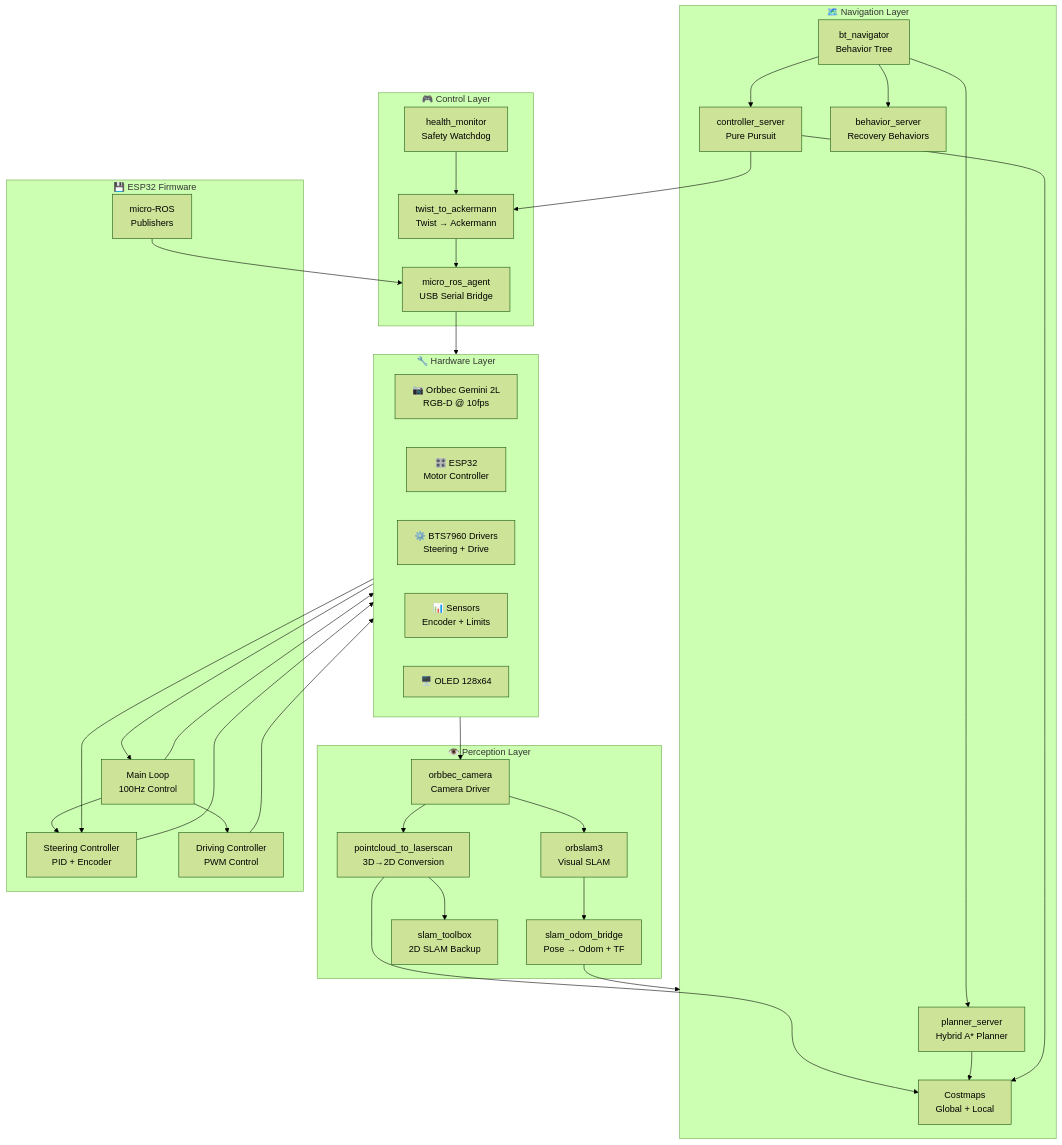
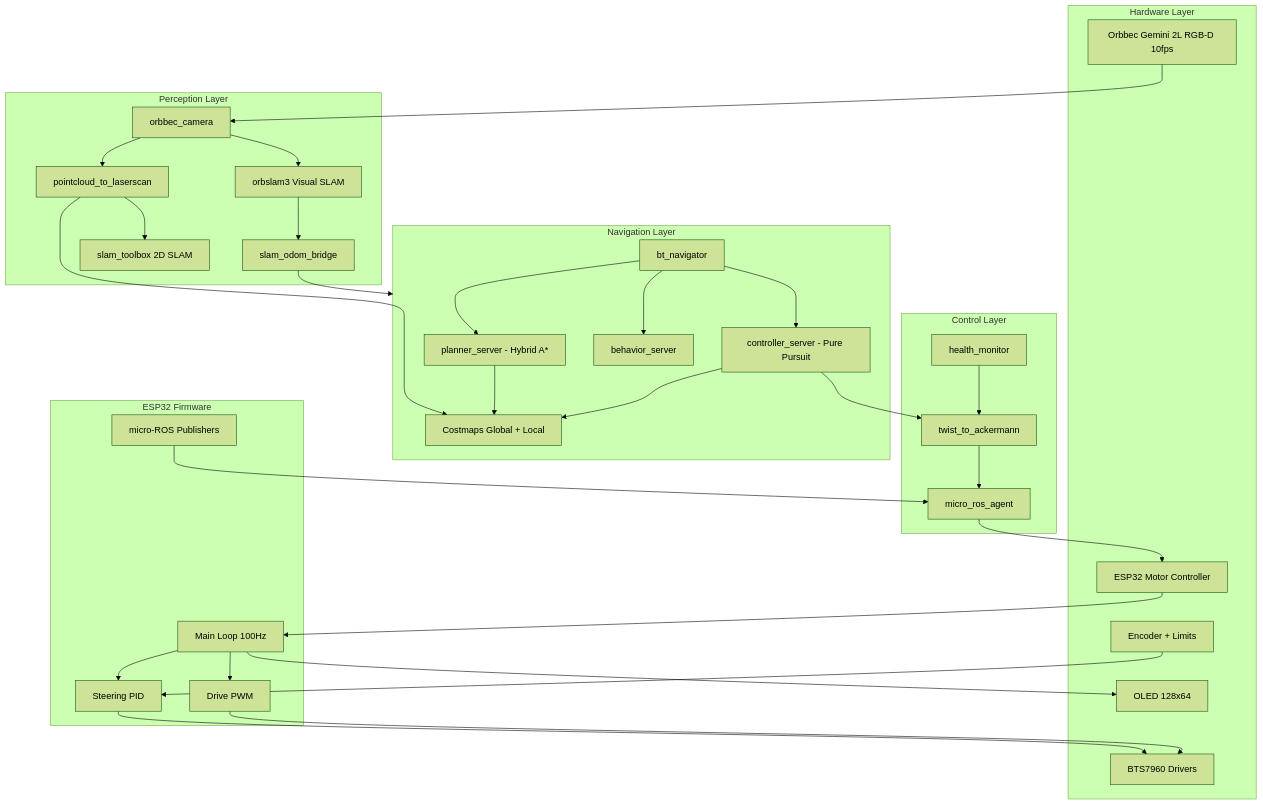
One commit to KashmeeraTT/Ackerman_UGV changed the second of 13 diagrams in SYSTEM_DOCUMENTATION.md. Above: the diagram before and after it, drawn with Mermaid (forest theme). The commit also changed other lines of this file, not shown here.

Commit message:
docs: Simplify mermaid diagram labels, subgraph titles, and minor text for improved readability.

````diff
--- a/SYSTEM_DOCUMENTATION.md
+++ b/SYSTEM_DOCUMENTATION.md
@@ -72,68 +72,67 @@
 ```mermaid
 flowchart TB
-    subgraph Hardware["🔧 Hardware Layer"]
-        direction LR
-        Camera["📷 Orbbec Gemini 2L<br/>RGB-D @ 10fps"]
-        ESP32["🎛️ ESP32<br/>Motor Controller"]
-        Motors["⚙️ BTS7960 Drivers<br/>Steering + Drive"]
-        Sensors["📊 Sensors<br/>Encoder + Limits"]
-        Display["🖥️ OLED 128x64"]
+    subgraph Hardware[Hardware Layer]
+        Camera[Orbbec Gemini 2L RGB-D 10fps]
+        ESP32[ESP32 Motor Controller]
+        Motors[BTS7960 Drivers]
+        Sensors[Encoder + Limits]
+        Display[OLED 128x64]
     end
     
-    subgraph Perception["👁️ Perception Layer"]
-        OrbCamera["orbbec_camera<br/>Camera Driver"]
-        PointCloud["pointcloud_to_laserscan<br/>3D→2D Conversion"]
-        ORBSLAM["orbslam3<br/>Visual SLAM"]
-        SlamBridge["slam_odom_bridge<br/>Pose → Odom + TF"]
-        SlamToolbox["slam_toolbox<br/>2D SLAM Backup"]
+    subgraph Perception[Perception Layer]
+        OrbCamera[orbbec_camera]
+        PointCloud[pointcloud_to_laserscan]
+        ORBSLAM[orbslam3 Visual SLAM]
+        SlamBridge[slam_odom_bridge]
+        SlamToolbox[slam_toolbox 2D SLAM]
     end
     
-    subgraph Navigation["🗺️ Navigation Layer"]
-        Planner["planner_server<br/>Hybrid A* Planner"]
-        Controller["controller_server<br/>Pure Pursuit"]
-        BT["bt_navigator<br/>Behavior Tree"]
-        Behavior["behavior_server<br/>Recovery Behaviors"]
-        Costmap["Costmaps<br/>Global + Local"]
+    subgraph Navigation[Navigation Layer]
+        Planner[planner_server - Hybrid A*]
+        Controller[controller_server - Pure Pursuit]
+        BT[bt_navigator]
+        Behavior[behavior_server]
+        Costmap[Costmaps Global + Local]
     end
     
-    subgraph Control["🎮 Control Layer"]
-        AckBridge["twist_to_ackermann<br/>Twist → Ackermann"]
-        MicroROS["micro_ros_agent<br/>USB Serial Bridge"]
-        HealthMon["health_monitor<br/>Safety Watchdog"]
+    subgraph Control[Control Layer]
+        AckBridge[twist_to_ackermann]
+        MicroROS[micro_ros_agent]
+        HealthMon[health_monitor]
     end
     
-    subgraph Firmware["💾 ESP32 Firmware"]
-        MainLoop["Main Loop<br/>100Hz Control"]
-        SteerCtrl["Steering Controller<br/>PID + Encoder"]
-        DriveCtrl["Driving Controller<br/>PWM Control"]
-        Publishers["micro-ROS<br/>Publishers"]
+    subgraph Firmware[ESP32 Firmware]
+        MainLoop[Main Loop 100Hz]
+        SteerCtrl[Steering PID]
+        DriveCtrl[Drive PWM]
+        Publishers[micro-ROS Publishers]
     end
     
     Camera --> OrbCamera
     OrbCamera --> PointCloud
     OrbCamera --> ORBSLAM
     PointCloud --> SlamToolbox
     PointCloud --> Costmap
     ORBSLAM --> SlamBridge
     SlamBridge --> Navigation
     
     BT --> Planner
     BT --> Controller
     BT --> Behavior
     Planner --> Costmap
     Controller --> Costmap
     Controller --> AckBridge
     
     AckBridge --> MicroROS
     HealthMon --> AckBridge
     MicroROS --> ESP32
     
     ESP32 --> MainLoop
     MainLoop --> SteerCtrl
     MainLoop --> DriveCtrl
     SteerCtrl --> Motors
     DriveCtrl --> Motors
     Sensors --> SteerCtrl
     Publishers --> MicroROS
     MainLoop --> Display
 ```
````
